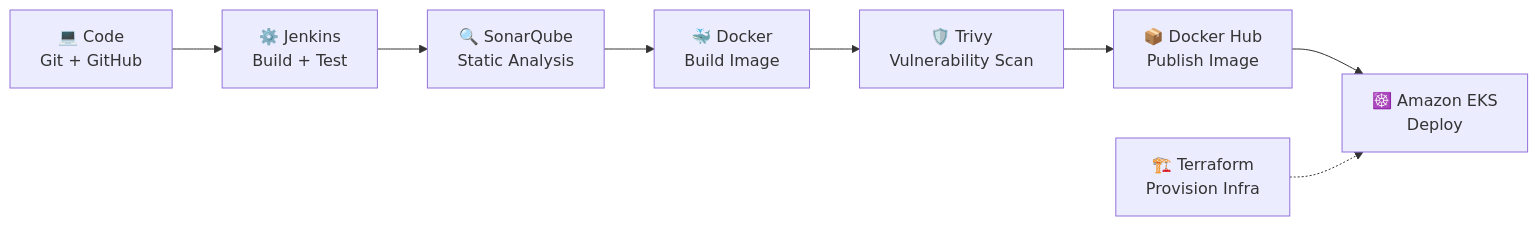
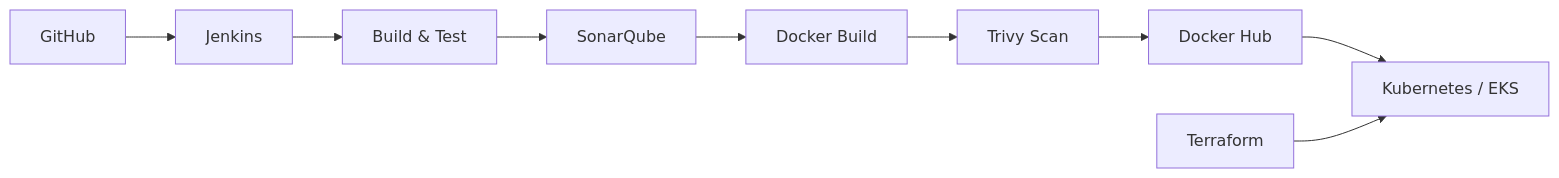
Before and after one commit to Om-Kute/Om-kute: the diagram in README.md, drawn with Mermaid. The commit also changed other lines of this file, not shown here.

````diff
--- a/README.md
+++ b/README.md
@@ -50,10 +128,11 @@
 ```mermaid
 flowchart LR
-    A["💻 Code<br/>Git + GitHub"] --> B["⚙️ Jenkins<br/>Build + Test"]
-    B --> C["🔍 SonarQube<br/>Static Analysis"]
-    C --> D["🐳 Docker<br/>Build Image"]
-    D --> E["🛡️ Trivy<br/>Vulnerability Scan"]
-    E --> F["📦 Docker Hub<br/>Publish Image"]
-    F --> G["☸️ Amazon EKS<br/>Deploy"]
-    T["🏗️ Terraform<br/>Provision Infra"] -.-> G
+    A[GitHub] --> B[Jenkins]
+    B --> C[Build & Test]
+    C --> D[SonarQube]
+    D --> E[Docker Build]
+    E --> F[Trivy Scan]
+    F --> G[Docker Hub]
+    G --> H[Kubernetes / EKS]
+    I[Terraform] --> H
 ```
````
